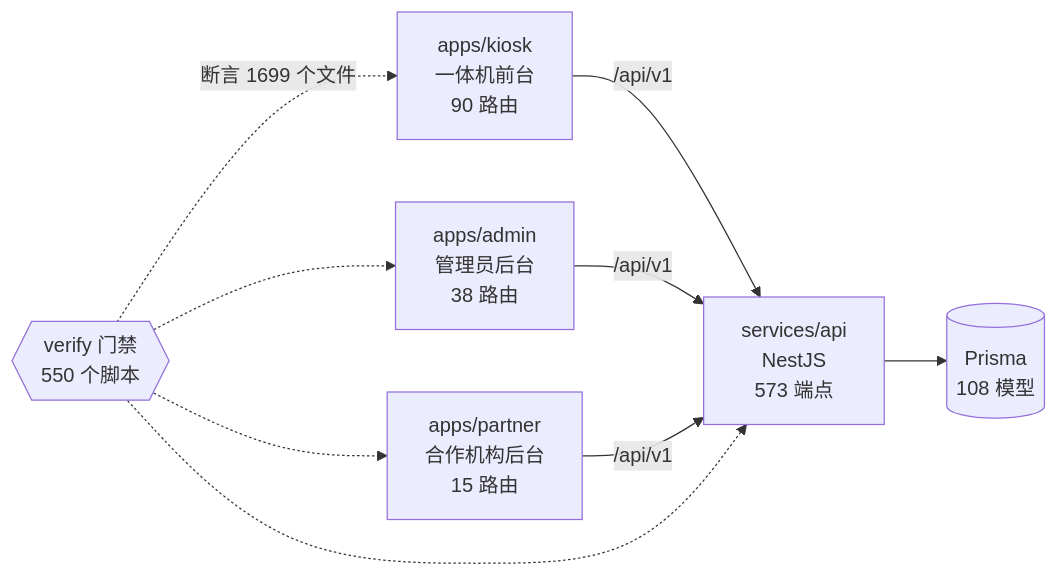
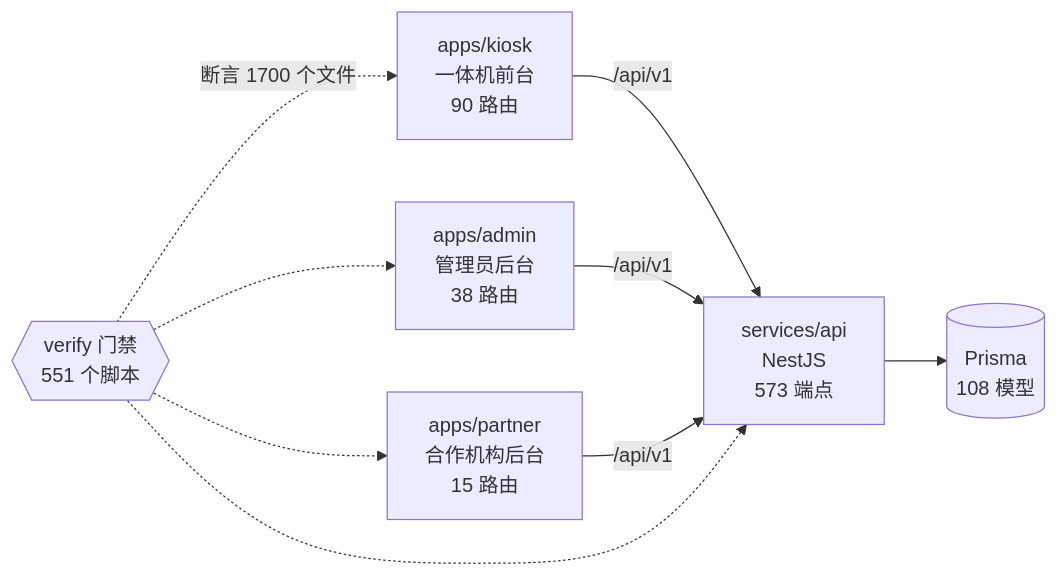
One commit to wanglei581/YITIJI changed the diagram in docs/graph/README.md. Above: the diagram before and after it, drawn with Mermaid. The commit also changed other lines of this file and 16 other files, not shown here.

````diff
--- a/docs/graph/README.md
+++ b/docs/graph/README.md
@@ -68,18 +68,18 @@
 ```mermaid
 flowchart LR
   kiosk["apps/kiosk<br/>一体机前台<br/>90 路由"]
   admin["apps/admin<br/>管理员后台<br/>38 路由"]
   partner["apps/partner<br/>合作机构后台<br/>15 路由"]
   api["services/api<br/>NestJS<br/>573 端点"]
   db[("Prisma<br/>108 模型")]
-  gates{{"verify 门禁<br/>550 个脚本"}}
+  gates{{"verify 门禁<br/>551 个脚本"}}
 
   kiosk -->|"/api/v1"| api
   admin -->|"/api/v1"| api
   partner -->|"/api/v1"| api
   api --> db
-  gates -.->|"断言 1699 个文件"| kiosk
+  gates -.->|"断言 1700 个文件"| kiosk
   gates -.-> admin
   gates -.-> partner
   gates -.-> api
 ```
````
